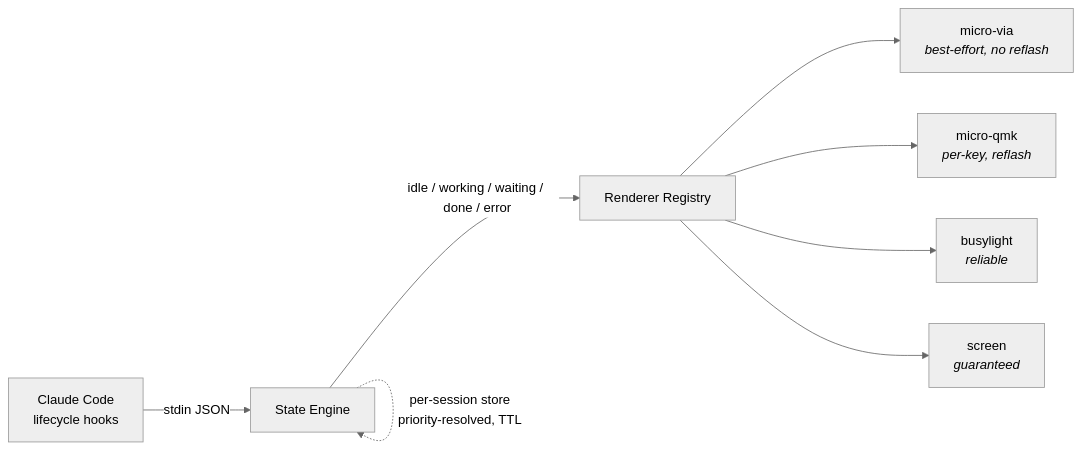
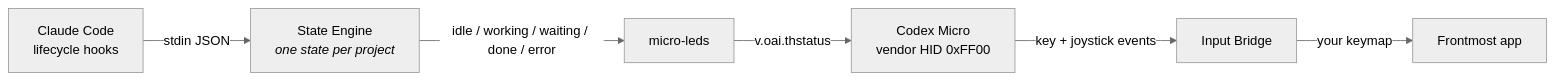
One commit to eliBenven/freemicro changed the diagram in README.md. Above: the diagram before and after it, drawn with Mermaid (neutral theme). The commit also changed other lines of this file and 21 other files, not shown here.

````diff
--- a/README.md
+++ b/README.md
@@ -64,10 +323,8 @@
 ```mermaid
 flowchart LR
-    A[Claude Code<br/>lifecycle hooks] -->|stdin JSON| B[State Engine]
-    B -->|idle / working / waiting / done / error| C[Renderer Registry]
-    C --> D[micro-via<br/><i>best-effort, no reflash</i>]
-    C --> E[micro-qmk<br/><i>per-key, reflash</i>]
-    C --> F[busylight<br/><i>reliable</i>]
-    C --> G[screen<br/><i>guaranteed</i>]
-    B -.->|per-session store<br/>priority-resolved, TTL| B
+    A[Claude Code<br/>lifecycle hooks] -->|stdin JSON| B[State Engine<br/><i>one state per project</i>]
+    B -->|idle / working / waiting / done / error| C[micro-leds]
+    C -->|v.oai.thstatus| P[Codex Micro<br/>vendor HID 0xFF00]
+    P -->|key + joystick events| K[Input Bridge]
+    K -->|your keymap| T[Frontmost app]
 ```
````
